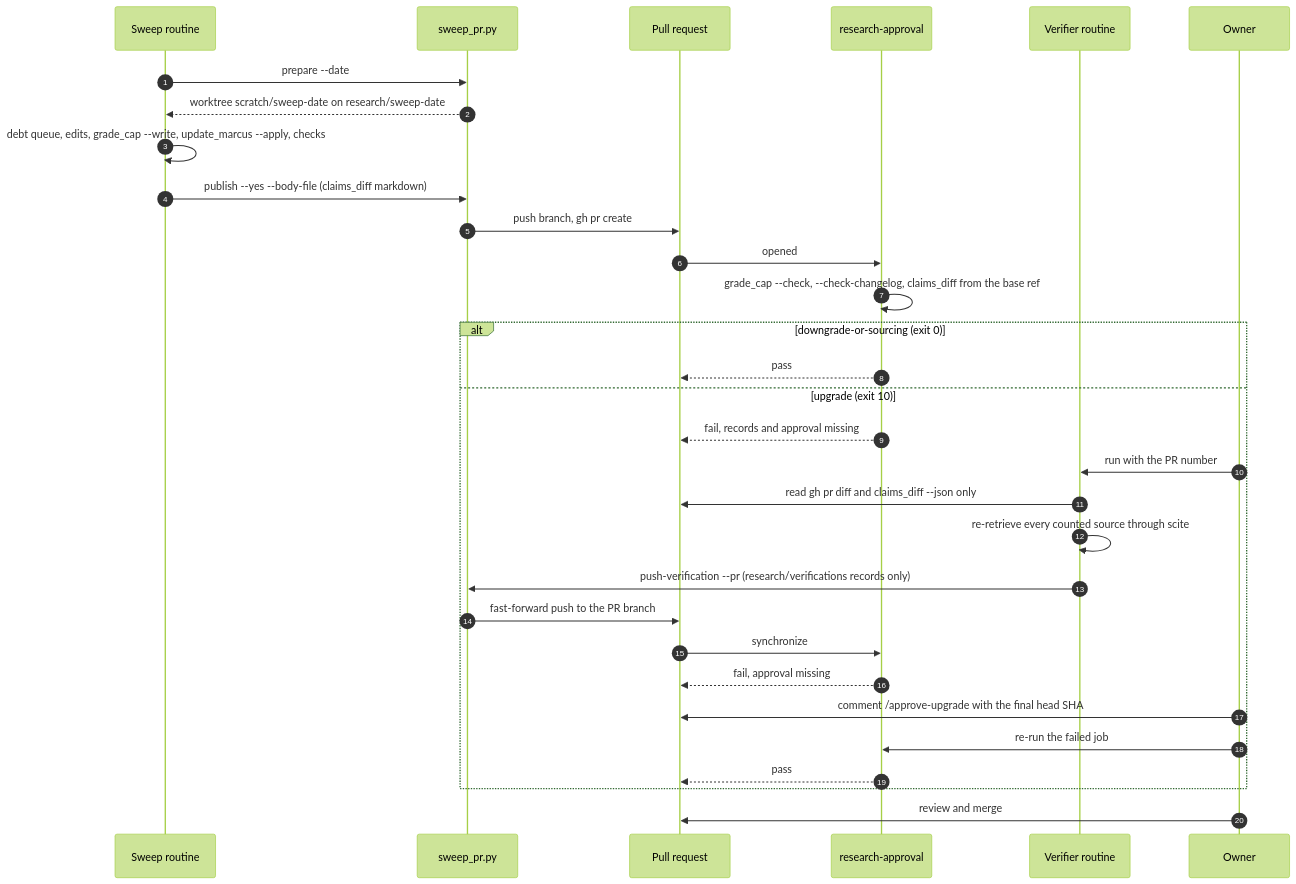
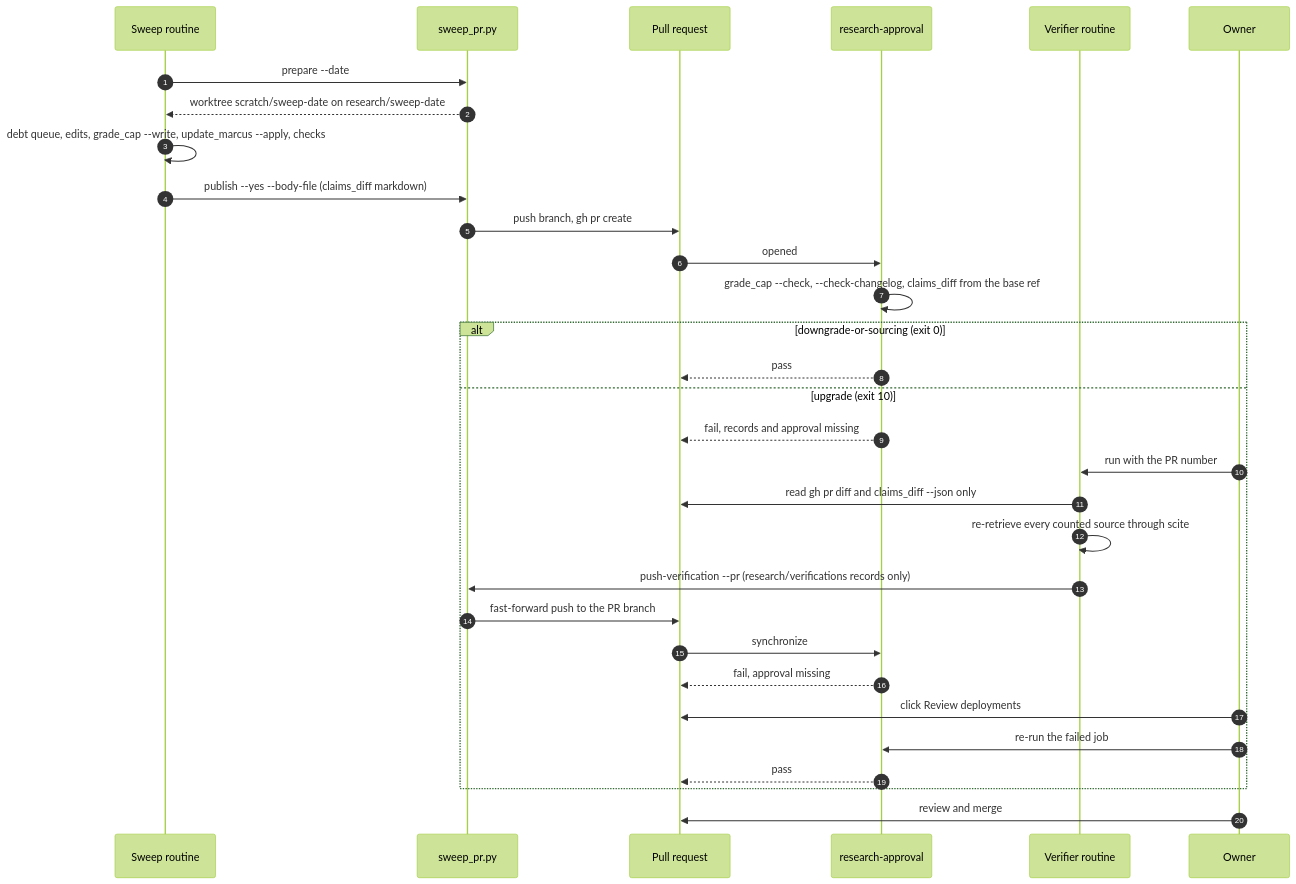
The diagram in docs/RESEARCH_PIPELINE.md (syst0m/demiurge), drawn with Mermaid (forest theme) before and after one commit. The commit also changed other lines of this file and 4 other files, not shown here.

````diff
--- a/docs/RESEARCH_PIPELINE.md
+++ b/docs/RESEARCH_PIPELINE.md
@@ -26,34 +26,34 @@
 ```mermaid
 sequenceDiagram
     autonumber
     participant S as Sweep routine
     participant P as sweep_pr.py
     participant GH as Pull request
     participant CI as research-approval
     participant V as Verifier routine
     participant O as Owner
 
     S->>P: prepare --date
     P-->>S: worktree scratch/sweep-date on research/sweep-date
     S->>S: debt queue, edits, grade_cap --write, update_marcus --apply, checks
     S->>P: publish --yes --body-file (claims_diff markdown)
     P->>GH: push branch, gh pr create
     GH->>CI: opened
     CI->>CI: grade_cap --check, --check-changelog, claims_diff from the base ref
     alt downgrade-or-sourcing (exit 0)
         CI-->>GH: pass
     else upgrade (exit 10)
         CI-->>GH: fail, records and approval missing
         O->>V: run with the PR number
         V->>GH: read gh pr diff and claims_diff --json only
         V->>V: re-retrieve every counted source through scite
         V->>P: push-verification --pr (research/verifications records only)
         P->>GH: fast-forward push to the PR branch
         GH->>CI: synchronize
         CI-->>GH: fail, approval missing
-        O->>GH: comment /approve-upgrade with the final head SHA
+        O->>GH: click Review deployments
         O->>CI: re-run the failed job
         CI-->>GH: pass
     end
     O->>GH: review and merge
 ```
````
